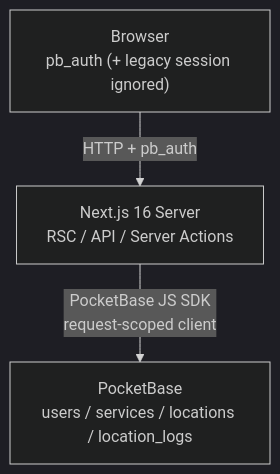
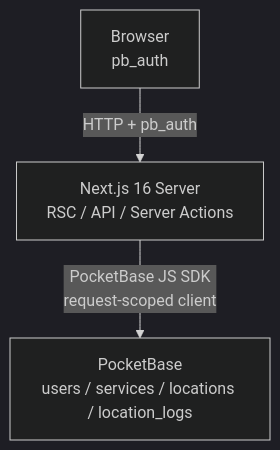
The first of 2 diagrams in ARCHITECTURE.md (jonasotoaguilar/ServiceFlow), drawn with Mermaid (dark theme) before and after one commit. The commit also changed other lines of this file and 7 other files, not shown here.

````diff
--- a/ARCHITECTURE.md
+++ b/ARCHITECTURE.md
@@ -22,8 +22,8 @@
 ```mermaid
 graph TD
-    Browser["Browser<br/>pb_auth (+ legacy session ignored)"]
+    Browser["Browser<br/>pb_auth"]
     Next["Next.js 16 Server<br/>RSC / API / Server Actions"]
     PB["PocketBase<br/>users / services / locations / location_logs"]
     Browser -->|HTTP + pb_auth| Next
     Next -->|PocketBase JS SDK<br/>request-scoped client| PB
 ```
````
